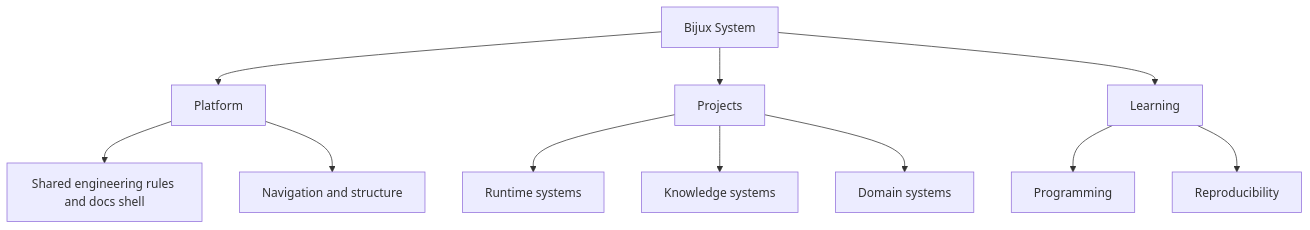
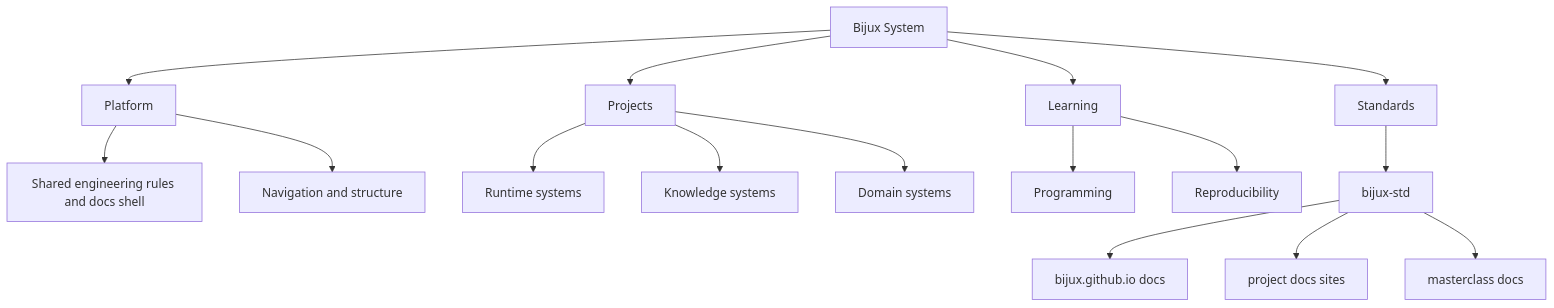
The diagram in docs/platform/system-map.md (bijux/bijux.github.io), drawn with Mermaid before and after one commit. The commit also changed other lines of this file, not shown here.

Commit message:
docs(system-map): add standards layer and visible consumers

````diff
--- a/docs/platform/system-map.md
+++ b/docs/platform/system-map.md
@@ -29,16 +31,22 @@
 ```mermaid
 graph TD
     system["Bijux System"] --> platform["Platform"]
     system --> projects["Projects"]
     system --> learning["Learning"]
+    system --> standards["Standards"]
 
     platform --> principles["Shared engineering rules and docs shell"]
     platform --> structure["Navigation and structure"]
 
     projects --> runtime["Runtime systems"]
     projects --> knowledge["Knowledge systems"]
     projects --> domain["Domain systems"]
 
     learning --> programming["Programming"]
     learning --> reproducibility["Reproducibility"]
+
+    standards --> std["bijux-std"]
+    std --> hub["bijux.github.io docs"]
+    std --> project_docs["project docs sites"]
+    std --> masterclass_docs["masterclass docs"]
 ```
````
